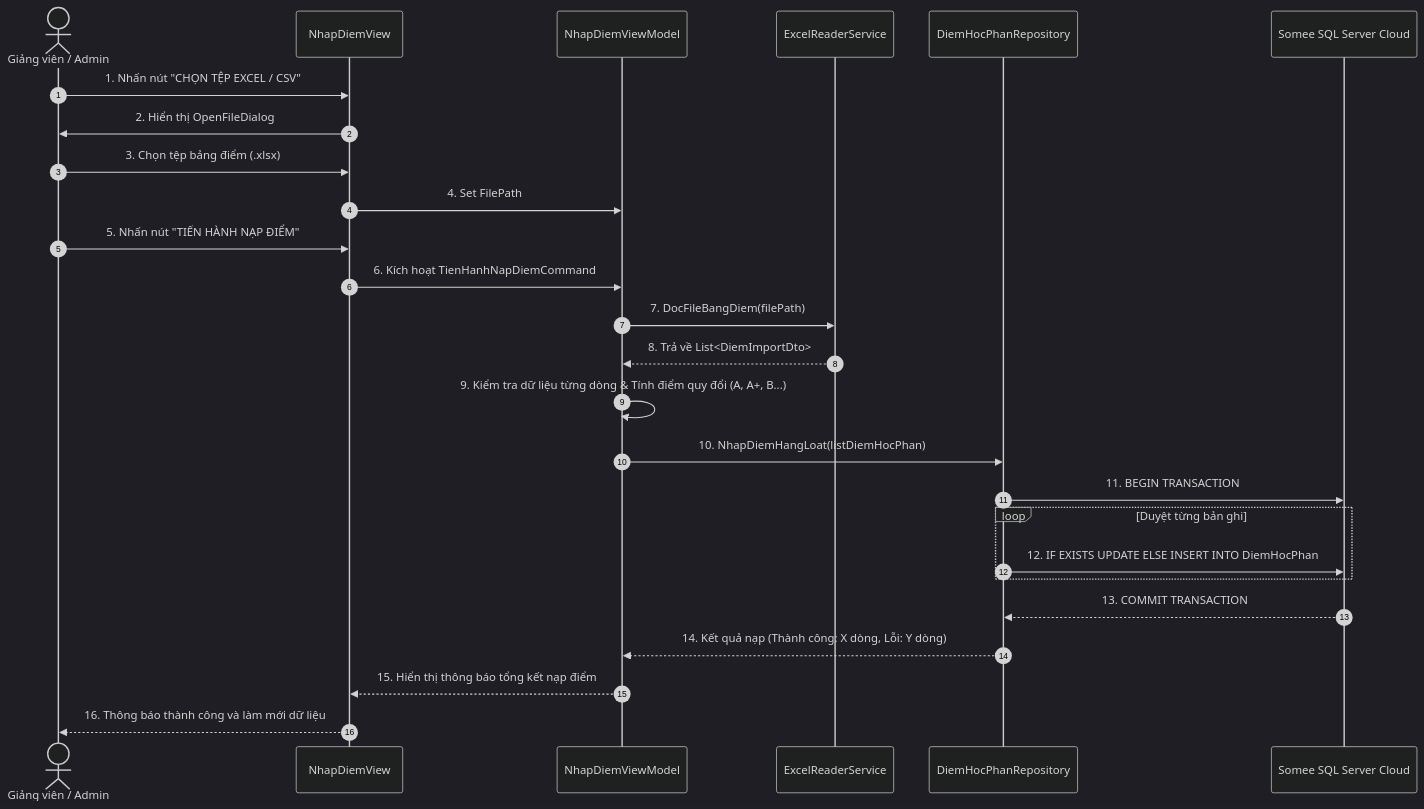
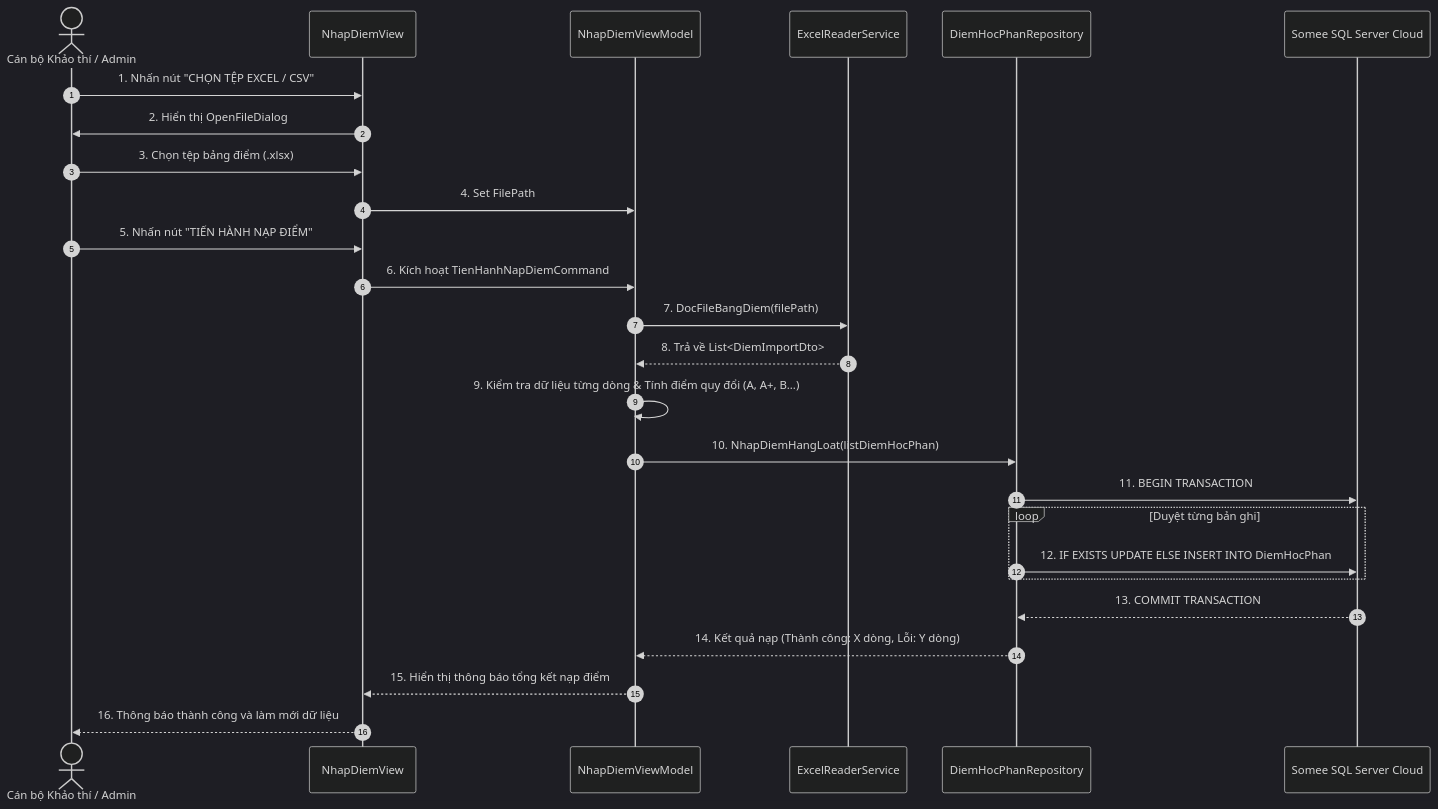
Before and after one commit to ngthanhs1/STUDENT_RESULT_ANALYTICS: diagram 11 of 15 in BAO_CAO_BAI_TAP_LON_STUDENT_RESULT_ANALYTICS.md, drawn with Mermaid (dark theme). The commit also changed other lines of this file and 5 other files, not shown here.

````diff
--- a/BAO_CAO_BAI_TAP_LON_STUDENT_RESULT_ANALYTICS.md
+++ b/BAO_CAO_BAI_TAP_LON_STUDENT_RESULT_ANALYTICS.md
@@ -860,29 +827,29 @@
 ```mermaid
 sequenceDiagram
     autonumber
-    actor GV as Giảng viên / Admin
+    actor Staff as Cán bộ Khảo thí / Admin
     participant View as NhapDiemView
     participant VM as NhapDiemViewModel
     participant Service as ExcelReaderService
     participant Repo as DiemHocPhanRepository
     participant DB as Somee SQL Server Cloud
 
-    GV->>View: 1. Nhấn nút "CHỌN TỆP EXCEL / CSV"
-    View->>GV: 2. Hiển thị OpenFileDialog
-    GV->>View: 3. Chọn tệp bảng điểm (.xlsx)
+    Staff->>View: 1. Nhấn nút "CHỌN TỆP EXCEL / CSV"
+    View->>Staff: 2. Hiển thị OpenFileDialog
+    Staff->>View: 3. Chọn tệp bảng điểm (.xlsx)
     View->>VM: 4. Set FilePath
-    GV->>View: 5. Nhấn nút "TIẾN HÀNH NẠP ĐIỂM"
+    Staff->>View: 5. Nhấn nút "TIẾN HÀNH NẠP ĐIỂM"
     View->>VM: 6. Kích hoạt TienHanhNapDiemCommand
     VM->>Service: 7. DocFileBangDiem(filePath)
     Service-->>VM: 8. Trả về List<DiemImportDto>
     VM->>VM: 9. Kiểm tra dữ liệu từng dòng & Tính điểm quy đổi (A, A+, B...)
     VM->>Repo: 10. NhapDiemHangLoat(listDiemHocPhan)
     Repo->>DB: 11. BEGIN TRANSACTION
     loop Duyệt từng bản ghi
         Repo->>DB: 12. IF EXISTS UPDATE ELSE INSERT INTO DiemHocPhan
     end
     DB-->>Repo: 13. COMMIT TRANSACTION
     Repo-->>VM: 14. Kết quả nạp (Thành công: X dòng, Lỗi: Y dòng)
     VM-->>View: 15. Hiển thị thông báo tổng kết nạp điểm
-    View-->>GV: 16. Thông báo thành công và làm mới dữ liệu
+    View-->>Staff: 16. Thông báo thành công và làm mới dữ liệu
 ```
````
